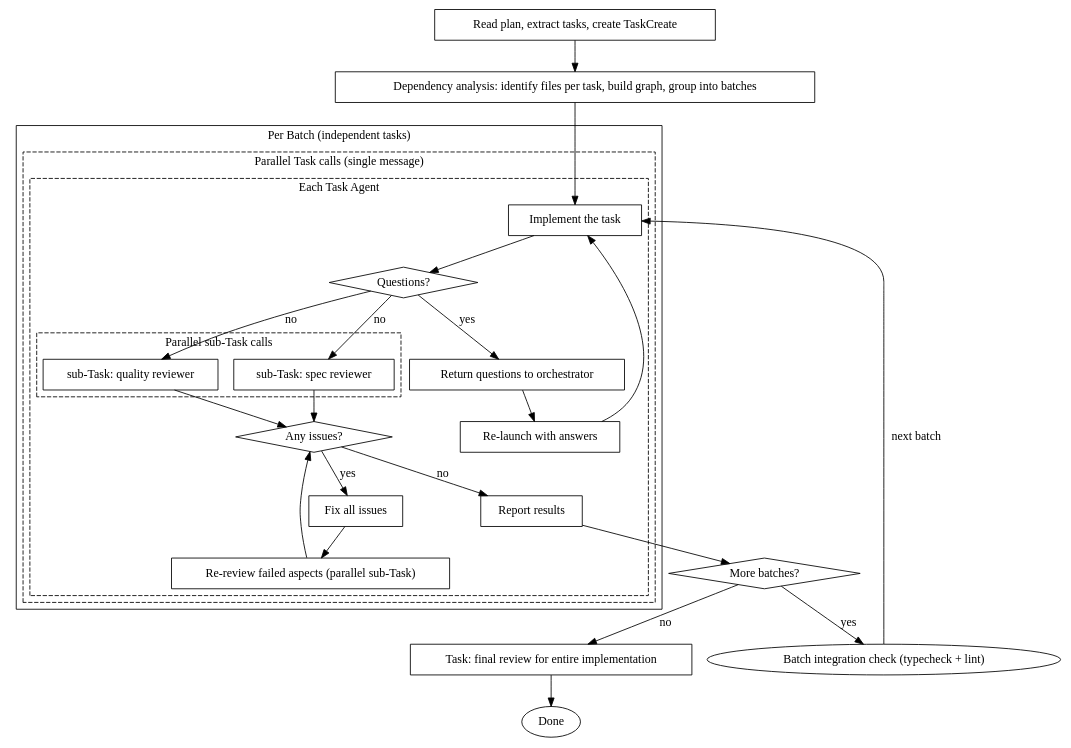
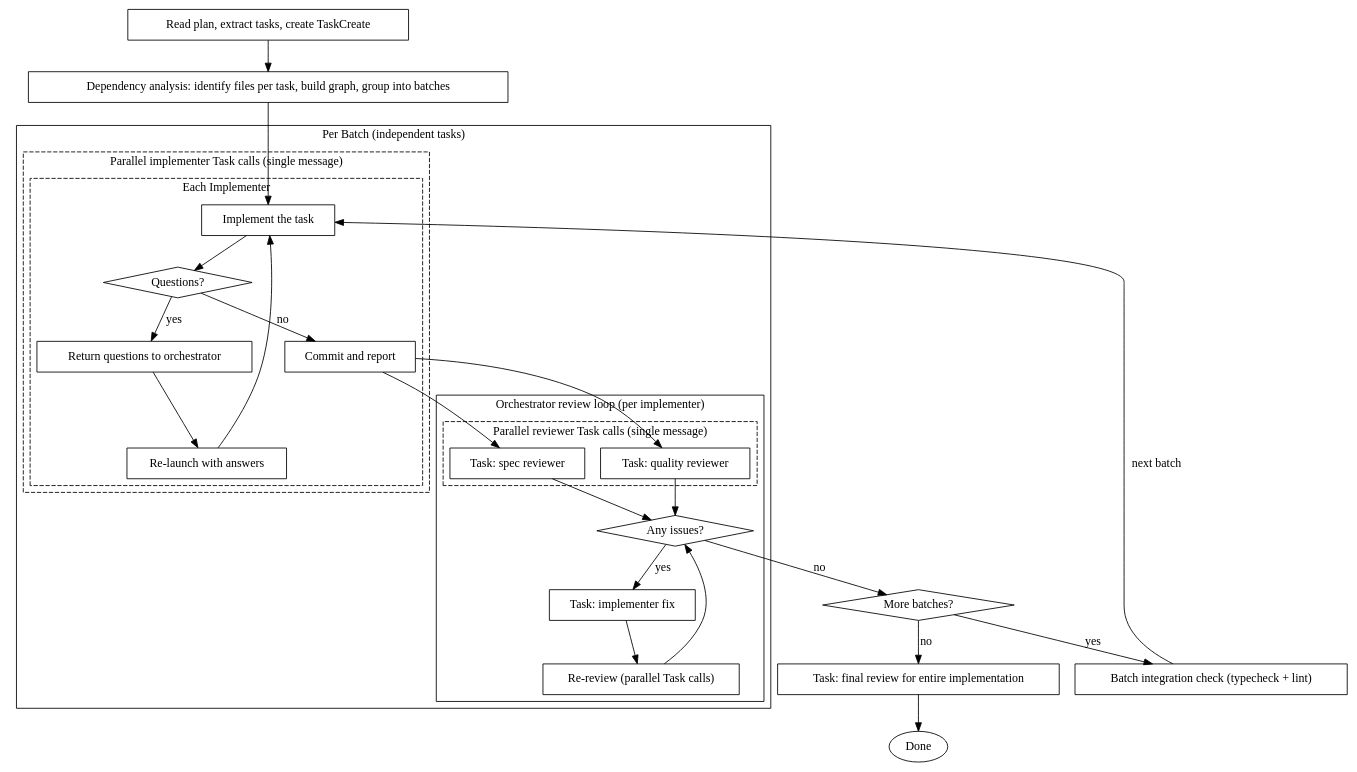
The second of 2 diagrams in .claude/skills/sd-plan-dev/SKILL.md (kslhunter/simplysm), drawn with Graphviz before and after one commit. The commit also changed other lines of this file, not shown here.

Commit message:
refactor(sd-plan-dev): orchestrator-managed reviews and model selection

````diff
--- a/.claude/skills/sd-plan-dev/SKILL.md
+++ b/.claude/skills/sd-plan-dev/SKILL.md
@@ -39,61 +44,66 @@
 ```dot
 digraph process {
     rankdir=TB;
 
     "Read plan, extract tasks, create TaskCreate" [shape=box];
     "Dependency analysis: identify files per task, build graph, group into batches" [shape=box];
 
     subgraph cluster_batch {
         label="Per Batch (independent tasks)";
 
-        subgraph cluster_parallel_tasks {
-            label="Parallel Task calls (single message)";
+        subgraph cluster_parallel_implementers {
+            label="Parallel implementer Task calls (single message)";
             style=dashed;
 
-            subgraph cluster_task_agent {
-                label="Each Task Agent";
+            subgraph cluster_implementer {
+                label="Each Implementer";
                 "Implement the task" [shape=box];
                 "Questions?" [shape=diamond];
                 "Return questions to orchestrator" [shape=box];
                 "Re-launch with answers" [shape=box];
+                "Commit and report" [shape=box];
+            }
+        }
 
-                subgraph cluster_nested_review {
-                    label="Parallel sub-Task calls";
-                    style=dashed;
-                    "sub-Task: spec reviewer" [shape=box];
-                    "sub-Task: quality reviewer" [shape=box];
-                }
+        subgraph cluster_review {
+            label="Orchestrator review loop (per implementer)";
 
-                "Any issues?" [shape=diamond];
-                "Fix all issues" [shape=box];
-                "Re-review failed aspects (parallel sub-Task)" [shape=box];
-                "Report results" [shape=box];
+            subgraph cluster_parallel_reviewers {
+                label="Parallel reviewer Task calls (single message)";
+                style=dashed;
+                "Task: spec reviewer" [shape=box];
+                "Task: quality reviewer" [shape=box];
             }
+
+            "Any issues?" [shape=diamond];
+            "Task: implementer fix" [shape=box];
+            "Re-review (parallel Task calls)" [shape=box];
         }
     }
 
     "More batches?" [shape=diamond];
+    "Batch integration check (typecheck + lint)" [shape=box];
     "Task: final review for entire implementation" [shape=box];
     "Done" [shape=ellipse];
 
     "Read plan, extract tasks, create TaskCreate" -> "Dependency analysis: identify files per task, build graph, group into batches";
     "Dependency analysis: identify files per task, build graph, group into batches" -> "Implement the task";
     "Implement the task" -> "Questions?";
     "Questions?" -> "Return questions to orchestrator" [label="yes"];
     "Return questions to orchestrator" -> "Re-launch with answers";
     "Re-launch with answers" -> "Implement the task";
-    "Questions?" -> "sub-Task: spec reviewer" [label="no"];
-    "Questions?" -> "sub-Task: quality reviewer" [label="no"];
-    "sub-Task: spec reviewer" -> "Any issues?";
-    "sub-Task: quality reviewer" -> "Any issues?";
-    "Any issues?" -> "Fix all issues" [label="yes"];
-    "Fix all issues" -> "Re-review failed aspects (parallel sub-Task)";
-    "Re-review failed aspects (parallel sub-Task)" -> "Any issues?";
-    "Any issues?" -> "Report results" [label="no"];
-    "Report results" -> "More batches?";
+    "Questions?" -> "Commit and report" [label="no"];
+    "Commit and report" -> "Task: spec reviewer";
+    "Commit and report" -> "Task: quality reviewer";
+    "Task: spec reviewer" -> "Any issues?";
+    "Task: quality reviewer" -> "Any issues?";
+    "Any issues?" -> "Task: implementer fix" [label="yes"];
+    "Task: implementer fix" -> "Re-review (parallel Task calls)";
+    "Re-review (parallel Task calls)" -> "Any issues?";
+    "Any issues?" -> "More batches?" [label="no"];
     "More batches?" -> "Batch integration check (typecheck + lint)" [label="yes"];
     "Batch integration check (typecheck + lint)" -> "Implement the task" [label="next batch"];
     "More batches?" -> "Task: final review for entire implementation" [label="no"];
     "Task: final review for entire implementation" -> "Done";
 }
 ```
````
